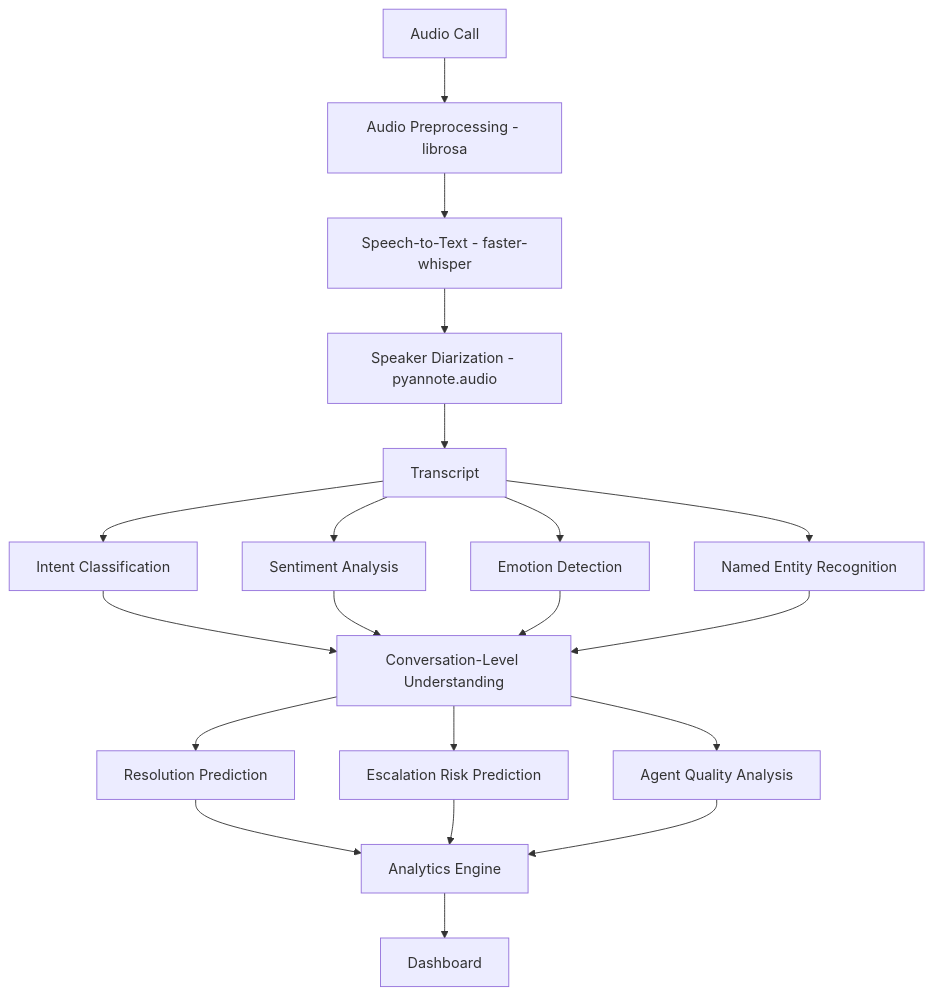
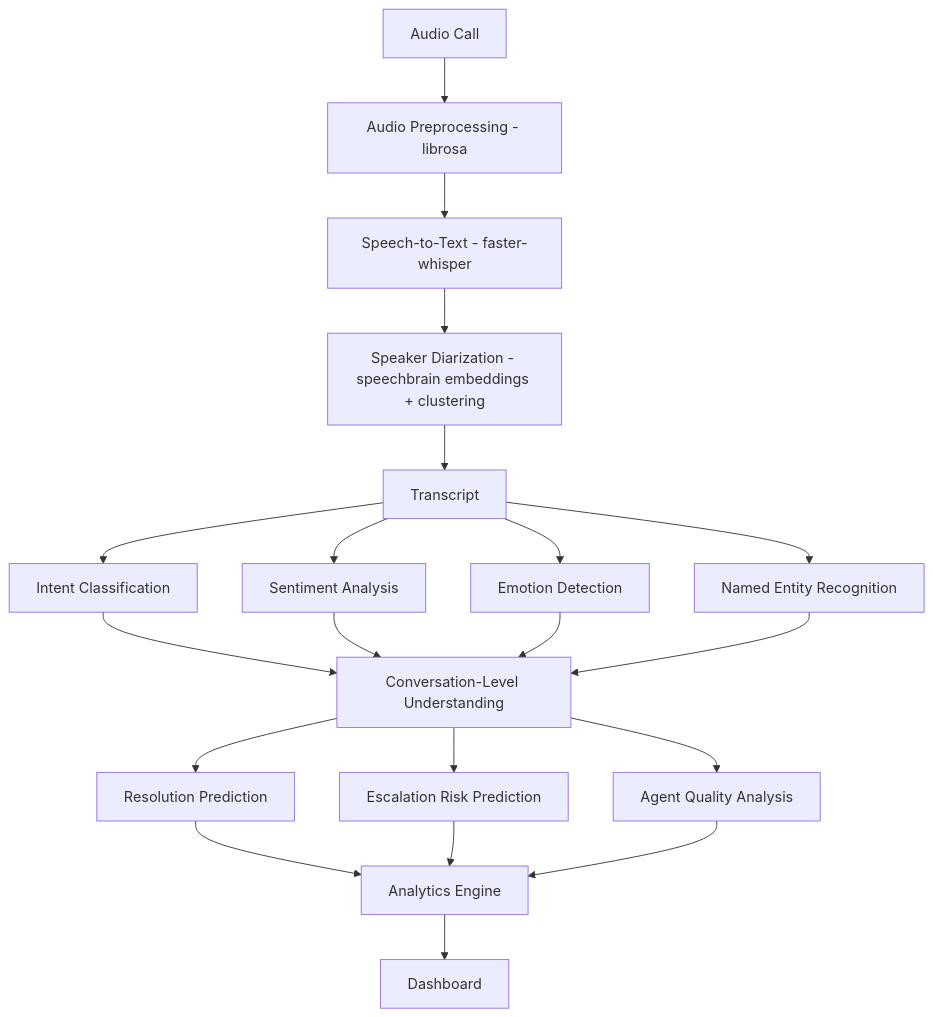
Before and after one commit to harshakurada/CallSense-AI: the first of 2 diagrams in docs/ARCHITECTURE.md, drawn with Mermaid. The commit also changed other lines of this file and 21 other files, not shown here.

````diff
--- a/docs/ARCHITECTURE.md
+++ b/docs/ARCHITECTURE.md
@@ -5,22 +5,22 @@
 ```mermaid
 flowchart TD
     A[Audio Call] --> B[Audio Preprocessing - librosa]
     B --> C[Speech-to-Text - faster-whisper]
-    C --> D[Speaker Diarization - pyannote.audio]
+    C --> D[Speaker Diarization - speechbrain embeddings + clustering]
     D --> E[Transcript]
     E --> F[Intent Classification]
     E --> G[Sentiment Analysis]
     E --> H[Emotion Detection]
     E --> I[Named Entity Recognition]
     F --> J[Conversation-Level Understanding]
     G --> J
     H --> J
     I --> J
     J --> K[Resolution Prediction]
     J --> L[Escalation Risk Prediction]
     J --> M[Agent Quality Analysis]
     K --> N[Analytics Engine]
     L --> N
     M --> N
     N --> O[Dashboard]
 ```
````
